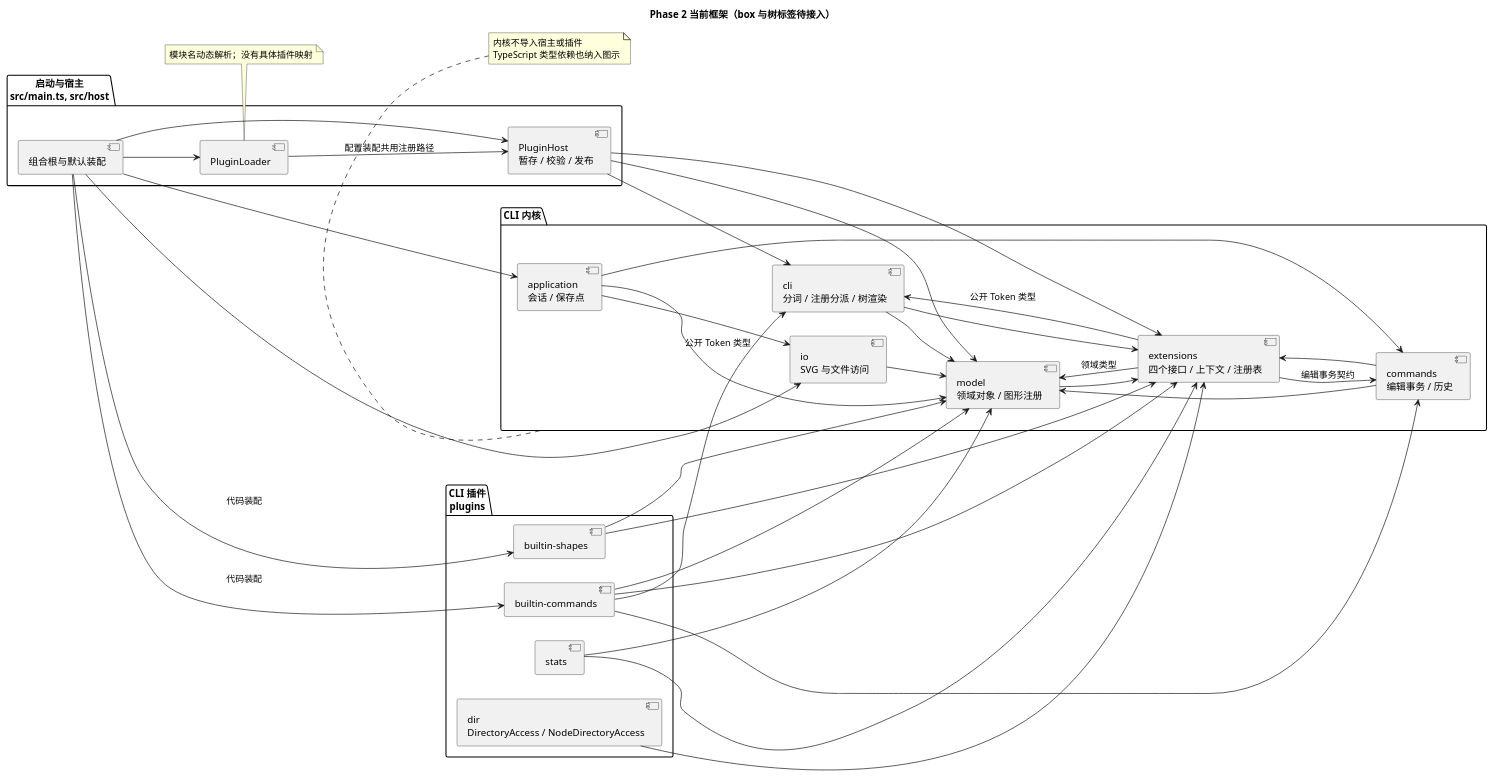
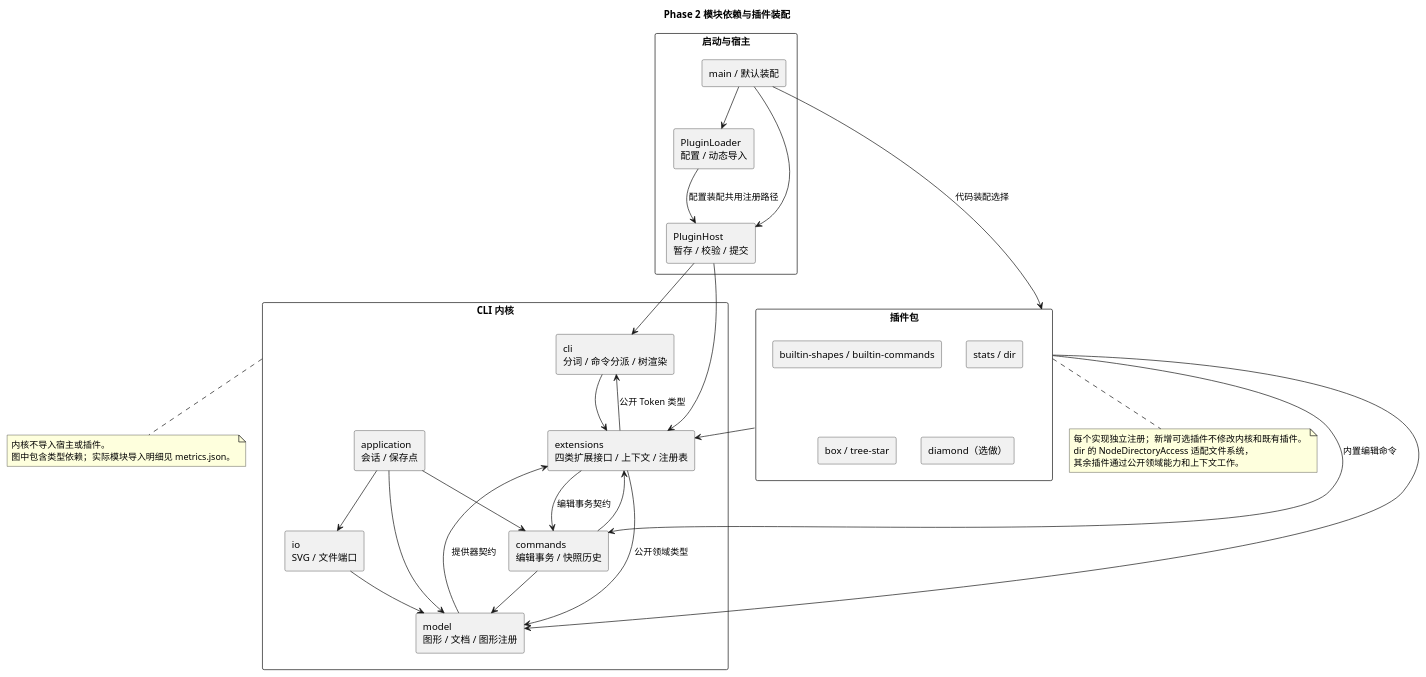
The diagram in doc/architecture-phase2.puml (tipsy-lotus/pj1-svg-editor), drawn with PlantUML before and after one commit. The commit also changed 4 other files, not shown here.

```diff
--- a/doc/architecture-phase2.puml
+++ b/doc/architecture-phase2.puml
@@ -1,61 +1,55 @@
 @startuml
-title Phase 2 当前框架（box 与树标签待接入）
-left to right direction
-package "启动与宿主\nsrc/main.ts, src/host" as Host {
-  [组合根与默认装配] as Main
-  [PluginLoader] as Loader
-  [PluginHost\n暂存 / 校验 / 发布] as Activation
+title Phase 2 模块依赖与插件装配
+skinparam defaultFontName Microsoft YaHei
+skinparam componentStyle rectangle
+skinparam packageStyle rectangle
+top to bottom direction
+package "启动与宿主" as Host {
+  [main / 默认装配] as Main
+  [PluginLoader\n配置 / 动态导入] as Loader
+  [PluginHost\n暂存 / 校验 / 提交] as Activation
 }
 package "CLI 内核" as Core {
-  [cli\n分词 / 注册分派 / 树渲染] as CLI
+  [cli\n分词 / 命令分派 / 树渲染] as CLI
   [application\n会话 / 保存点] as App
-  [commands\n编辑事务 / 历史] as Cmd
-  [model\n领域对象 / 图形注册] as Model
-  [io\nSVG 与文件访问] as IO
-  [extensions\n四个接口 / 上下文 / 注册表] as API
+  [commands\n编辑事务 / 快照历史] as Cmd
+  [io\nSVG / 文件端口] as IO
+  [model\n图形 / 文档 / 图形注册] as Model
+  [extensions\n四类扩展接口 / 上下文 / 注册表] as API
 }
-package "CLI 插件\nplugins" as Plugins {
-  [builtin-shapes] as Shapes
-  [builtin-commands] as Commands
-  [stats] as Stats
-  [dir\nDirectoryAccess / NodeDirectoryAccess] as Dir
+package "插件包" as Plugins {
+  [builtin-shapes / builtin-commands]
+  [stats / dir]
+  [box / tree-star]
+  [diamond（选做）]
 }
 Main --> Loader
 Main --> Activation
-Main --> Shapes : 代码装配
-Main --> Commands : 代码装配
-Main --> App
-Main --> IO
+Main --> Plugins : 代码装配选择
 Loader --> Activation : 配置装配共用注册路径
 Activation --> API
 Activation --> CLI
-Activation --> Model
 CLI --> API
-CLI --> Model
 App --> Cmd
+App --> IO
 App --> Model
-App --> IO
+IO --> Model
+Cmd --> Model
 Cmd --> API
-Cmd --> Model
-Model --> API
-IO --> Model
-API --> Model : 领域类型
+Model --> API : 提供器契约
+API --> Model : 公开领域类型
 API --> Cmd : 编辑事务契约
 API --> CLI : 公开 Token 类型
-Shapes --> API
-Shapes --> Model
-Commands --> API
-Commands --> Cmd
-Commands --> Model
-Commands --> CLI : 公开 Token 类型
-Stats --> API
-Stats --> Model
-Dir --> API
-note bottom of Loader
-  模块名动态解析；没有具体插件映射
+Plugins --> API
+Plugins --> Model
+Plugins --> Cmd : 内置编辑命令
+note bottom of Plugins
+  每个实现独立注册；新增可选插件不修改内核和既有插件。
+  dir 的 NodeDirectoryAccess 适配文件系统，
+  其余插件通过公开领域能力和上下文工作。
 end note
 note bottom of Core
-  内核不导入宿主或插件
-  TypeScript 类型依赖也纳入图示
+  内核不导入宿主或插件。
+  图中包含类型依赖；实际模块导入明细见 metrics.json。
 end note
 @enduml
```
